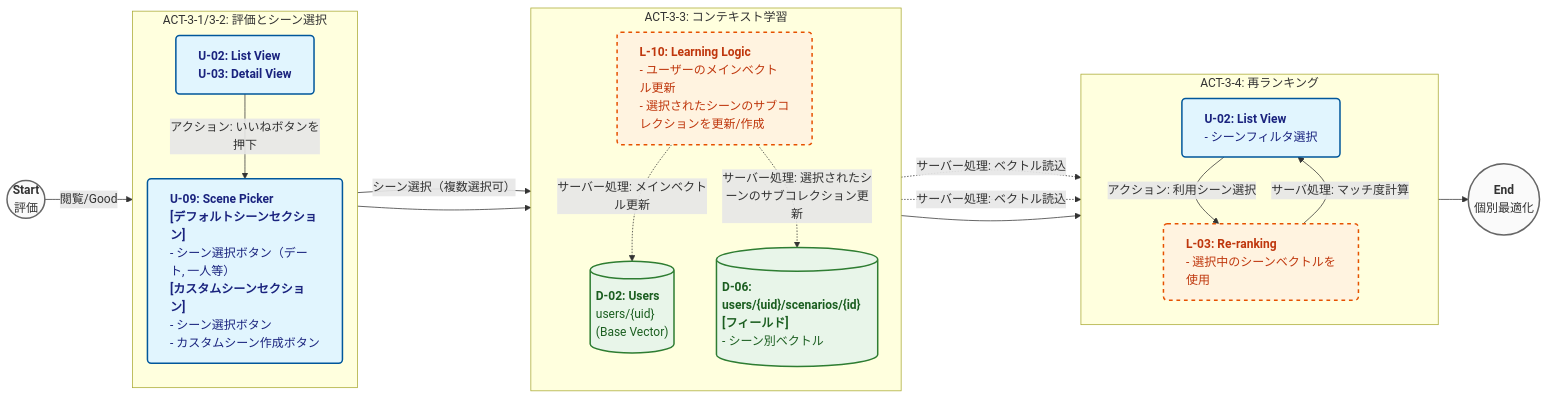
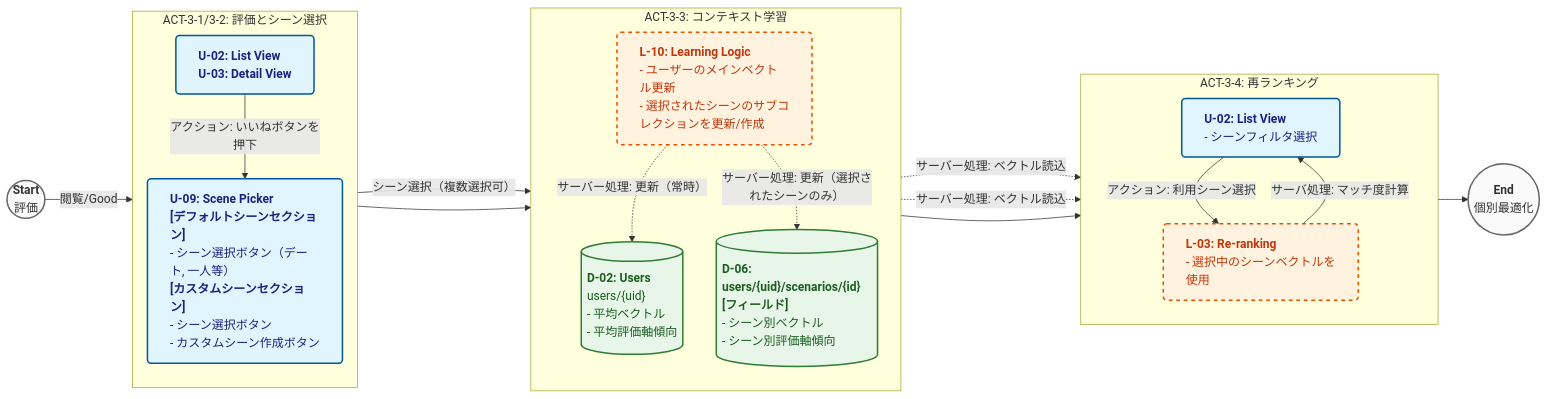
The third of 7 diagrams in docs/仕様書v2.md (plplbody/googlemap-reviews-AIanalyzer), drawn with Mermaid before and after one commit. The commit also changed 12 other files, not shown here.

````diff
--- a/docs/仕様書v2.md
+++ b/docs/仕様書v2.md
@@ -414,49 +414,49 @@
 ```mermaid
 %%{init: {'flowchart': {'useMaxWidth': false, 'rankSpacing': 40, 'nodeSpacing': 20}}}%%
 flowchart LR
     %% Definitions
     classDef ui fill:#e1f5fe,stroke:#01579b,stroke-width:2px,rx:5,ry:5,color:#1a237e,text-align:left
     classDef logic fill:#fff3e0,stroke:#e65100,stroke-width:2px,stroke-dasharray: 5 5,rx:5,ry:5,color:#bf360c,text-align:left
     classDef db fill:#e8f5e9,stroke:#2e7d32,stroke-width:2px,rx:0,ry:0,color:#1b5e20,text-align:left
     classDef startend fill:#fafafa,stroke:#666,stroke-width:2px,rx:20,ry:20,color:#333
 
     %% Start/End
     S3_Start(("<b>Start</b><br/>評価")):::startend
     S3_End(("<b>End</b><br/>個別最適化")):::startend
 
     subgraph ACT_3_1 ["ACT-3-1/3-2: 評価とシーン選択"]
         direction TB
         U_02["<b>U-02: List View</b><br/><b>U-03: Detail View</b>"]:::ui
         U_09["<b>U-09: Scene Picker</b><br/><b>[デフォルトシーンセクション]</b><br/>- シーン選択ボタン（デート, 一人等）<br/><b>[カスタムシーンセクション]</b><br/>- シーン選択ボタン<br/>- カスタムシーン作成ボタン"]:::ui
         
         U_02 -- "アクション: いいねボタンを押下" --> U_09
     end
 
     subgraph ACT_3_3 ["ACT-3-3: コンテキスト学習"]
         direction TB
         L_10["<b>L-10: Learning Logic</b><br/>- ユーザーのメインベクトル更新<br/>- 選択されたシーンのサブコレクションを更新/作成"]:::logic
         
-        D_02[("<b>D-02: Users</b><br/>users/{uid}<br/>(Base Vector)")]:::db
-        D_06[("<b>D-06: users/{uid}/scenarios/{id}</b><br/><b>[フィールド]</b><br/>- シーン別ベクトル")]:::db
+        D_02[("<b>D-02: Users</b><br/>users/{uid}<br/>- 平均ベクトル<br/>- 平均評価軸傾向")]:::db
+        D_06[("<b>D-06: users/{uid}/scenarios/{id}</b><br/><b>[フィールド]</b><br/>- シーン別ベクトル<br/>- シーン別評価軸傾向")]:::db
 
         U_09 -- "シーン選択（複数選択可）" --> L_10
-        L_10 -. "サーバー処理: メインベクトル更新" .-> D_02
-        L_10 -. "サーバー処理: 選択されたシーンのサブコレクション更新" .-> D_06
+        L_10 -. "サーバー処理: 更新（常時）" .-> D_02
+        L_10 -. "サーバー処理: 更新（選択されたシーンのみ）" .-> D_06
     end
 
     subgraph ACT_3_4 ["ACT-3-4: 再ランキング"]
         direction TB
         U_List["<b>U-02: List View</b><br/>- シーンフィルタ選択"]:::ui
         L_Rank["<b>L-03: Re-ranking</b><br/>- 選択中のシーンベクトルを使用"]:::logic
 
         U_List -- "アクション: 利用シーン選択" --> L_Rank
         D_06 -. "サーバー処理: ベクトル読込" .-> L_Rank
         D_02 -. "サーバー処理: ベクトル読込" .-> L_Rank
         L_Rank --"サーバ処理: マッチ度計算"--> U_List
     end
 
     S3_Start -- "閲覧/Good" --> ACT_3_1
     ACT_3_1 --> ACT_3_3
     ACT_3_3 --> ACT_3_4
     ACT_3_4 --> S3_End
 ```
````
